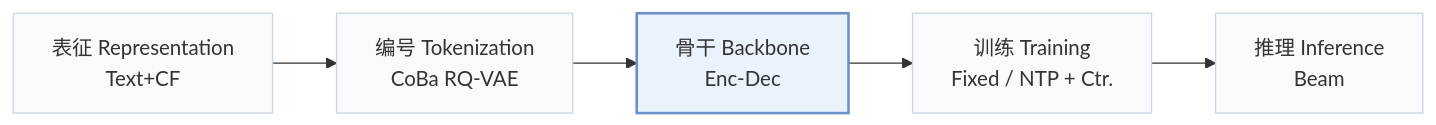
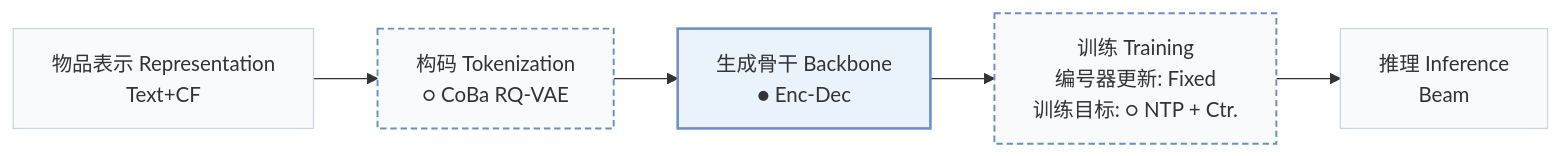
The first of 3 diagrams in pages/zh/papers/s2gr.md (Galaxy-ghost/Awesome-SID-Generative-Rec), drawn with Mermaid before and after one commit. The commit also changed other lines of this file and 558 other files, not shown here.

````diff
--- a/pages/zh/papers/s2gr.md
+++ b/pages/zh/papers/s2gr.md
@@ -15,8 +18,10 @@
 ```mermaid
 flowchart LR
-    R["表征 Representation<br/>Text+CF"] --> T["编号 Tokenization<br/>CoBa RQ-VAE"] --> B["骨干 Backbone<br/>Enc-Dec"] --> TR["训练 Training<br/>Fixed / NTP + Ctr."] --> I["推理 Inference<br/>Beam"]
+    R["物品表示 Representation<br/>Text+CF"] --> T["构码 Tokenization<br/>○ CoBa RQ-VAE"] --> B["生成骨干 Backbone<br/>● Enc-Dec"] --> TR["训练 Training<br/>编号器更新: Fixed<br/>训练目标: ○ NTP + Ctr."] --> I["推理 Inference<br/>Beam"]
     classDef base fill:#f8fafc,stroke:#cbd5e1
     class R,T,B,TR,I base
+    classDef other fill:#f8fafc,stroke:#6b8fc7,stroke-width:1.5px,stroke-dasharray:5 3
+    class T,TR other
     classDef main fill:#eaf2fb,stroke:#6b8fc7,stroke-width:2px
     class B main
 ```
````
